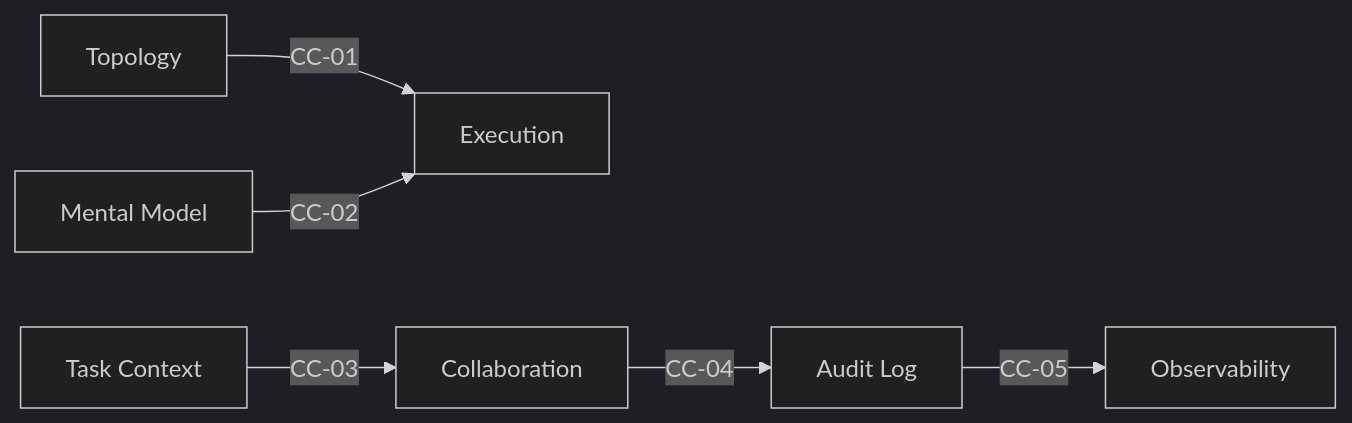
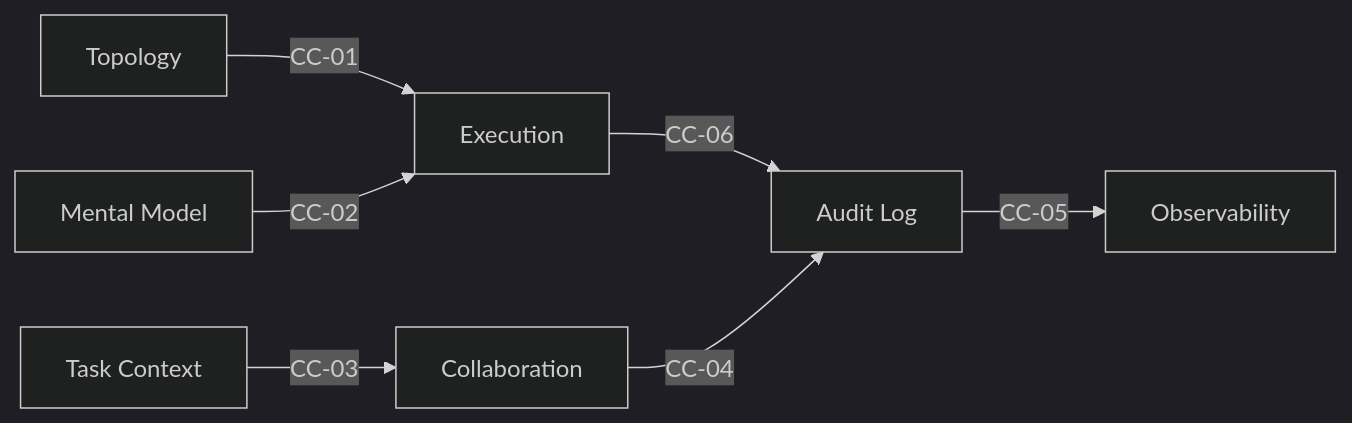
One commit to WMJOON/multi-swarm-orchestrator changed the third of 4 diagrams in README.md. Above: the diagram before and after it, drawn with Mermaid (dark theme). The commit also changed other lines of this file and 40 other files, not shown here.

First line of the commit message:
feat(v0.0.3): introduce Git-metaphor versioned state transition graph

````diff
--- a/README.md
+++ b/README.md
@@ -111,9 +150,10 @@
 ```mermaid
 flowchart LR
     Topology -- CC-01 --> Execution
     MentalModel["Mental Model"] -- CC-02 --> Execution
+    Execution -- CC-06 --> AuditLog["Audit Log"]
 
     TaskContext["Task Context"] -- CC-03 --> Collaboration
-    Collaboration -- CC-04 --> AuditLog["Audit Log"]
+    Collaboration -- CC-04 --> AuditLog
     AuditLog -- CC-05 --> Observability
 ```
````
